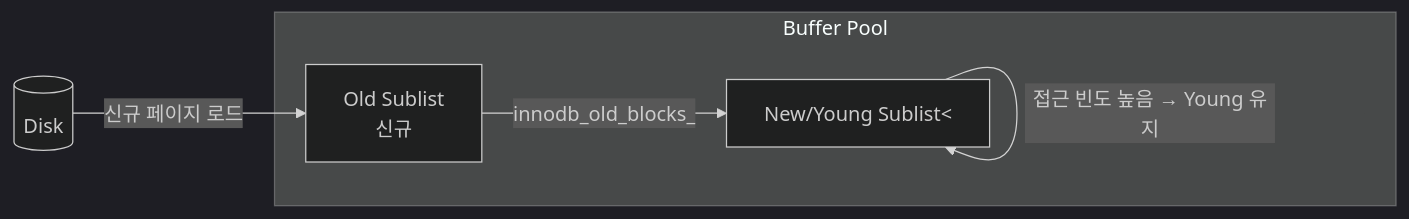
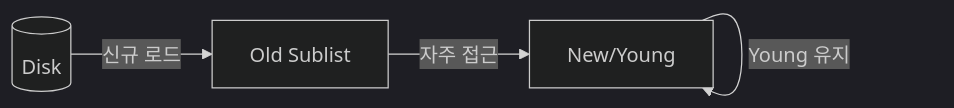
One commit to yjkim2015/yjkim2015.github.io changed the sixth of 10 diagrams in _posts/db/2026-05-01-db-internals.md. Above: the diagram before and after it, drawn with Mermaid (dark theme). The commit also changed other lines of this file and 155 other files, not shown here.

First line of the commit message:
Mermaid 전면 수정: subgraph 제거, participant/노드/줄수 축소 (342블록)

````diff
--- a/_posts/db/2026-05-01-db-internals.md
+++ b/_posts/db/2026-05-01-db-internals.md
@@ -242,10 +232,6 @@
 ```mermaid
 graph LR
-    subgraph "Buffer Pool"
-        NY["New/Young Sublist<"]
-        OLD["Old Sublist<br>신규"]
-        OLD -->|"innodb_old_blocks_"| NY
-    end
-    DISK[(Disk)] -->|신규 페이지 로드| OLD
-    NY -->|접근 빈도 높음 → Young 유지| NY
+    DISK[(Disk)] -->|"신규 로드"| OLD["Old Sublist"]
+    OLD -->|"자주 접근"| NY["New/Young"]
+    NY -->|"Young 유지"| NY
 ```
````
